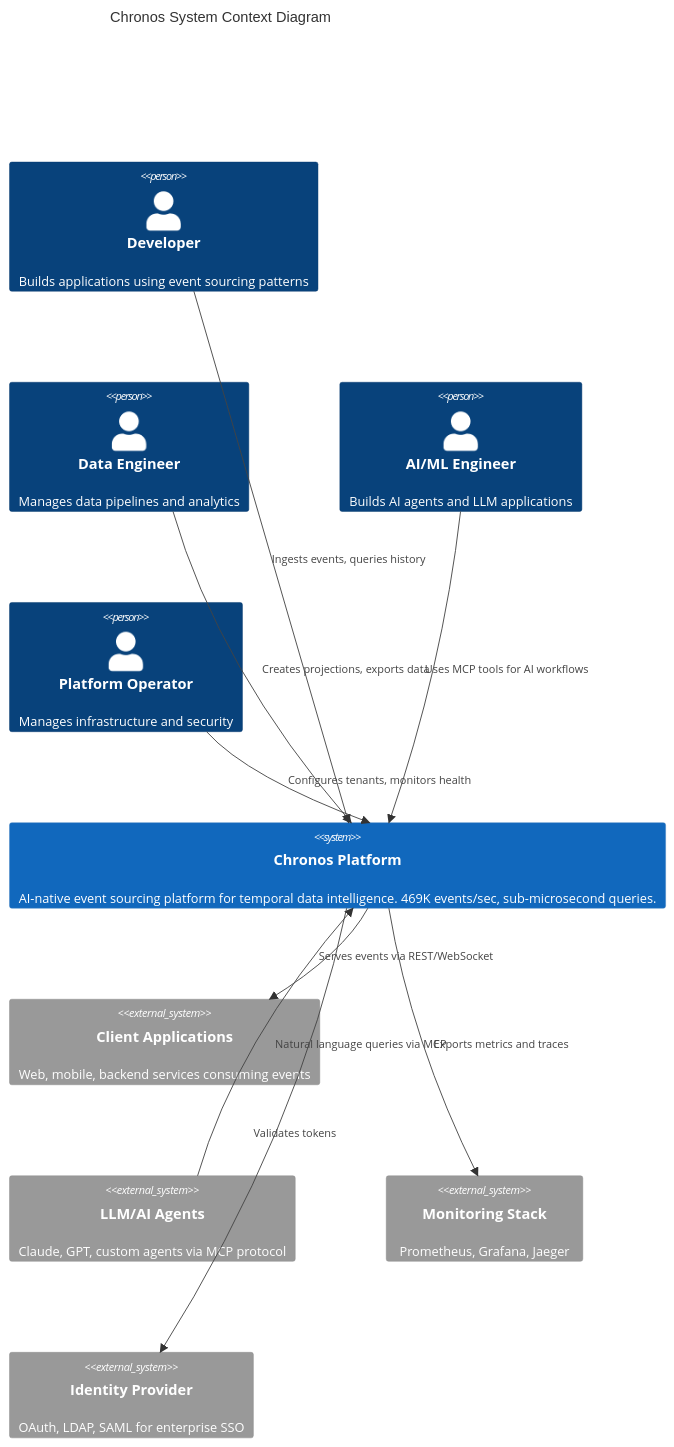
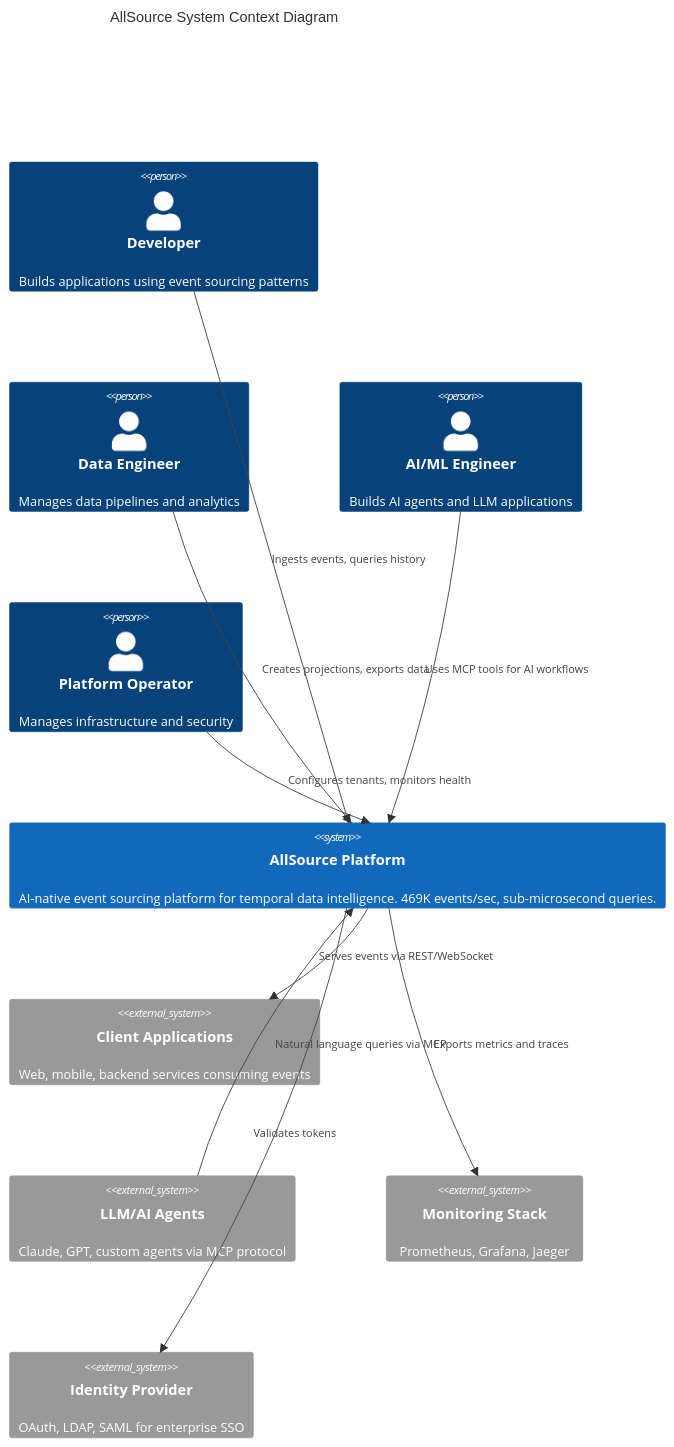
Before and after one commit to all-source-os/chronos-monorepo: the first of 8 diagrams in docs/sales/diagrams/C4_ARCHITECTURE_MERMAID.md, drawn with Mermaid. The commit also changed other lines of this file and 126 other files, not shown here.

````diff
--- a/docs/sales/diagrams/C4_ARCHITECTURE_MERMAID.md
+++ b/docs/sales/diagrams/C4_ARCHITECTURE_MERMAID.md
@@ -12,28 +12,28 @@
 ```mermaid
 C4Context
-    title Chronos System Context Diagram
+    title AllSource System Context Diagram
 
     Person(developer, "Developer", "Builds applications using event sourcing patterns")
     Person(dataEngineer, "Data Engineer", "Manages data pipelines and analytics")
     Person(aiEngineer, "AI/ML Engineer", "Builds AI agents and LLM applications")
     Person(operator, "Platform Operator", "Manages infrastructure and security")
 
-    System(chronos, "Chronos Platform", "AI-native event sourcing platform for temporal data intelligence. 469K events/sec, sub-microsecond queries.")
+    System(allsource, "AllSource Platform", "AI-native event sourcing platform for temporal data intelligence. 469K events/sec, sub-microsecond queries.")
 
     System_Ext(clientApps, "Client Applications", "Web, mobile, backend services consuming events")
     System_Ext(llmAgents, "LLM/AI Agents", "Claude, GPT, custom agents via MCP protocol")
     System_Ext(monitoring, "Monitoring Stack", "Prometheus, Grafana, Jaeger")
     System_Ext(authProvider, "Identity Provider", "OAuth, LDAP, SAML for enterprise SSO")
 
-    Rel(developer, chronos, "Ingests events, queries history")
-    Rel(dataEngineer, chronos, "Creates projections, exports data")
-    Rel(aiEngineer, chronos, "Uses MCP tools for AI workflows")
-    Rel(operator, chronos, "Configures tenants, monitors health")
+    Rel(developer, allsource, "Ingests events, queries history")
+    Rel(dataEngineer, allsource, "Creates projections, exports data")
+    Rel(aiEngineer, allsource, "Uses MCP tools for AI workflows")
+    Rel(operator, allsource, "Configures tenants, monitors health")
 
-    Rel(chronos, clientApps, "Serves events via REST/WebSocket")
-    Rel(llmAgents, chronos, "Natural language queries via MCP")
-    Rel(chronos, monitoring, "Exports metrics and traces")
-    Rel(chronos, authProvider, "Validates tokens")
+    Rel(allsource, clientApps, "Serves events via REST/WebSocket")
+    Rel(llmAgents, allsource, "Natural language queries via MCP")
+    Rel(allsource, monitoring, "Exports metrics and traces")
+    Rel(allsource, authProvider, "Validates tokens")
 
     UpdateLayoutConfig($c4ShapeInRow="3", $c4BoundaryInRow="1")
 ```
````
